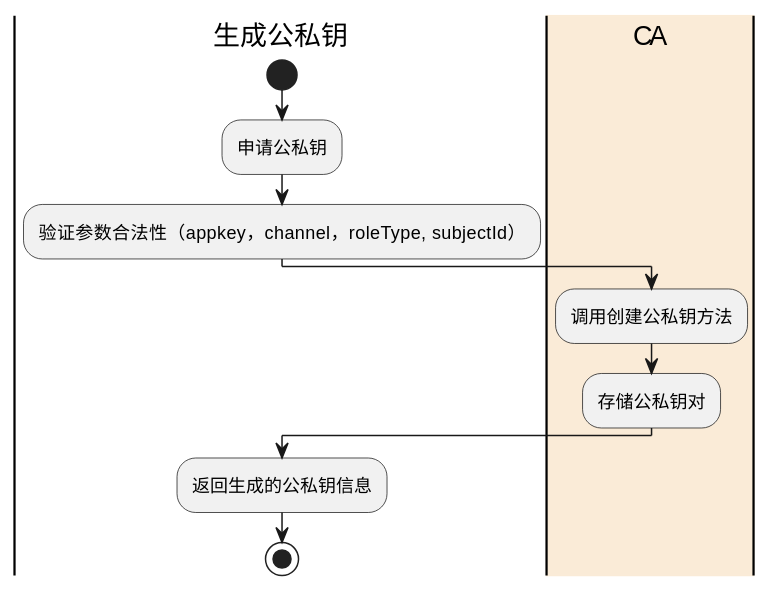
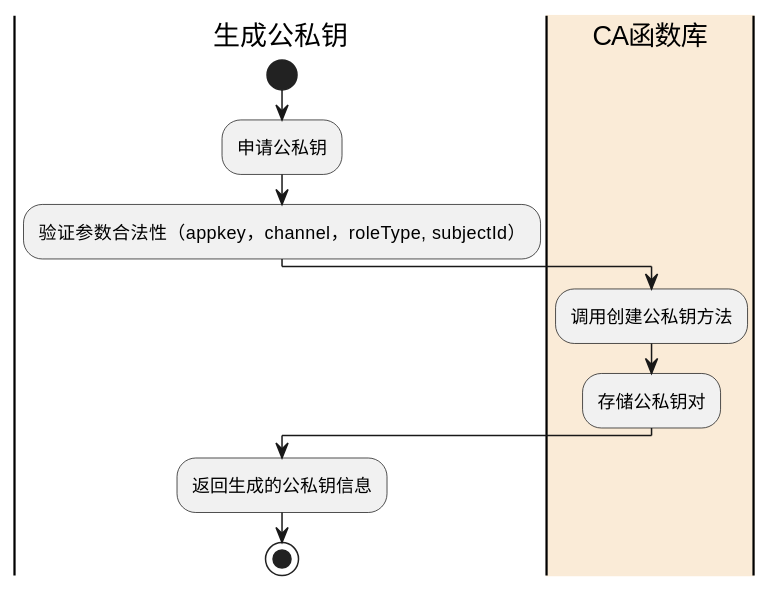
The third of 17 diagrams in docs/protocol/design/README.md (evildoerX/did-doc), drawn with PlantUML before and after one commit. The commit also changed other lines of this file, not shown here.

```diff
--- a/docs/protocol/design/README.md
+++ b/docs/protocol/design/README.md
@@ -126,12 +126,12 @@
 @startuml
 |生成公私钥|
 start
 :申请公私钥;
 :验证参数合法性（appkey，channel，roleType, subjectId）;
-|#AntiqueWhite|CA|
+|#AntiqueWhite|CA函数库|
 :调用创建公私钥方法;
 :存储公私钥对;
 |生成公私钥|
 :返回生成的公私钥信息;
 stop
 @enduml
```
